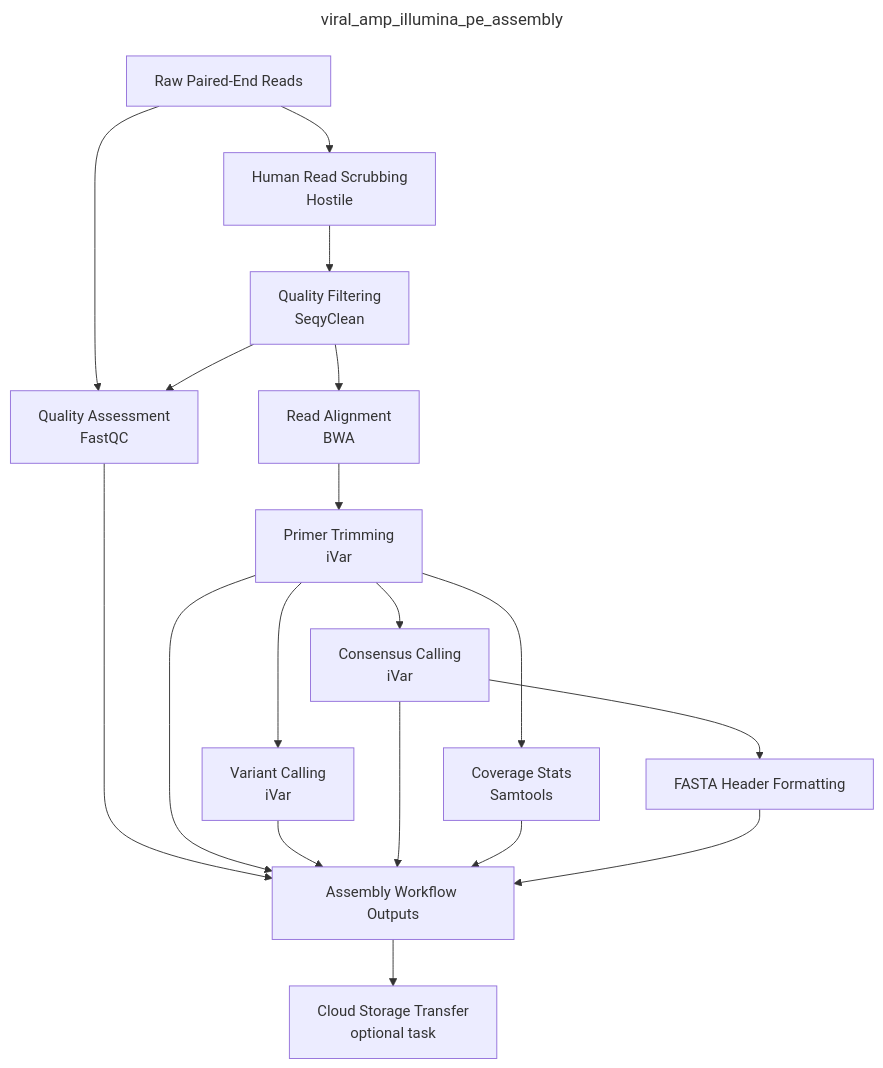
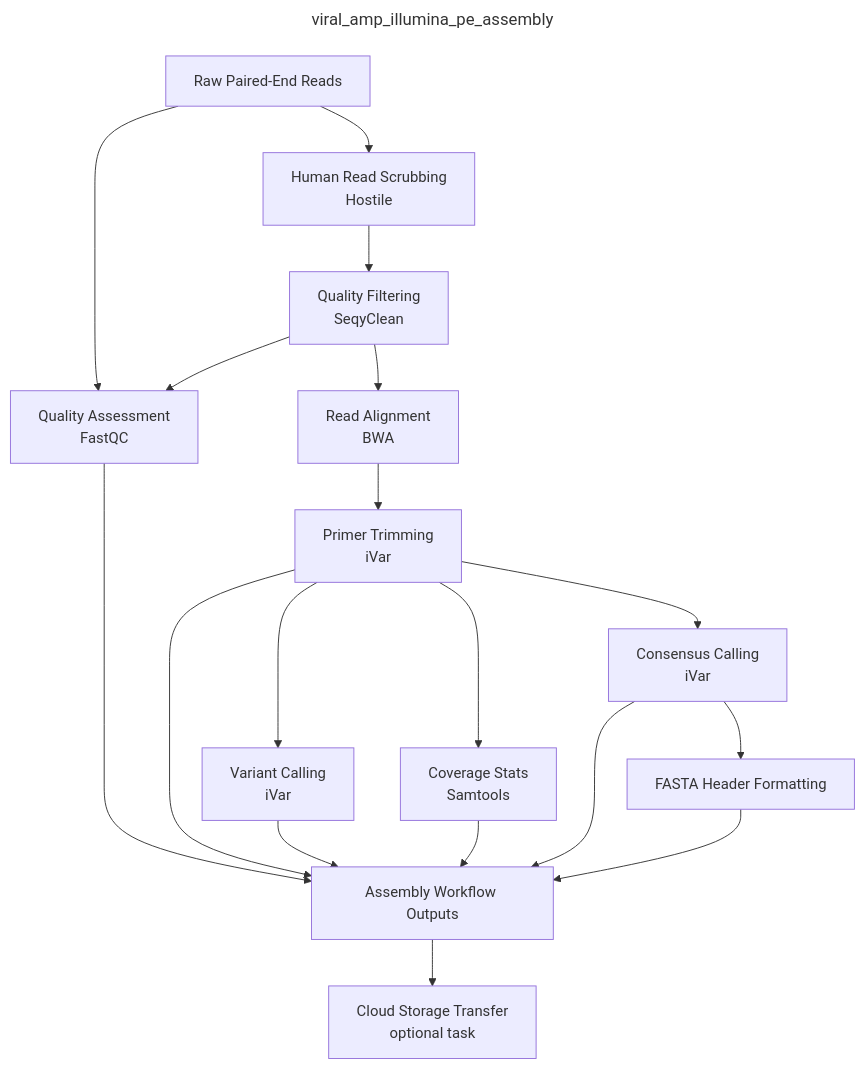
Before and after one commit to CDPHE-bioinformatics/CDPHE-Viral-Amplicon-WDL: the first of 3 diagrams in README.md, drawn with Mermaid.

Commit message:
Update README.md
fix crisscrossed arrows in mermaid diagram

````diff
--- a/README.md
+++ b/README.md
@@ -27,17 +27,17 @@
 ```mermaid
 ---
 title: viral_amp_illumina_pe_assembly
 ---
 graph TD
     A[Raw Paired-End Reads] --> B[Human Read Scrubbing<br/>Hostile]
     B --> C[Quality Filtering<br/>SeqyClean]
     A & C --> D[Quality Assessment<br/>FastQC]
     C --> E[Read Alignment<br/>BWA]
     E --> F[Primer Trimming<br/>iVar]
     F --> G[Variant Calling<br/>iVar]
-    F --> H[Consensus Calling<br/>iVar]
-    F --> I[Coverage Stats<br/>Samtools]
-    H --> J[FASTA Header Formatting]
+    F --> H[Coverage Stats<br/>Samtools]
+    F --> I[Consensus Calling<br/>iVar]
+    I --> J[FASTA Header Formatting]
     D & F & G & H & I & J --> K[Assembly Workflow Outputs]
     K --> L[Cloud Storage Transfer<br/>optional task]
 ```
````
